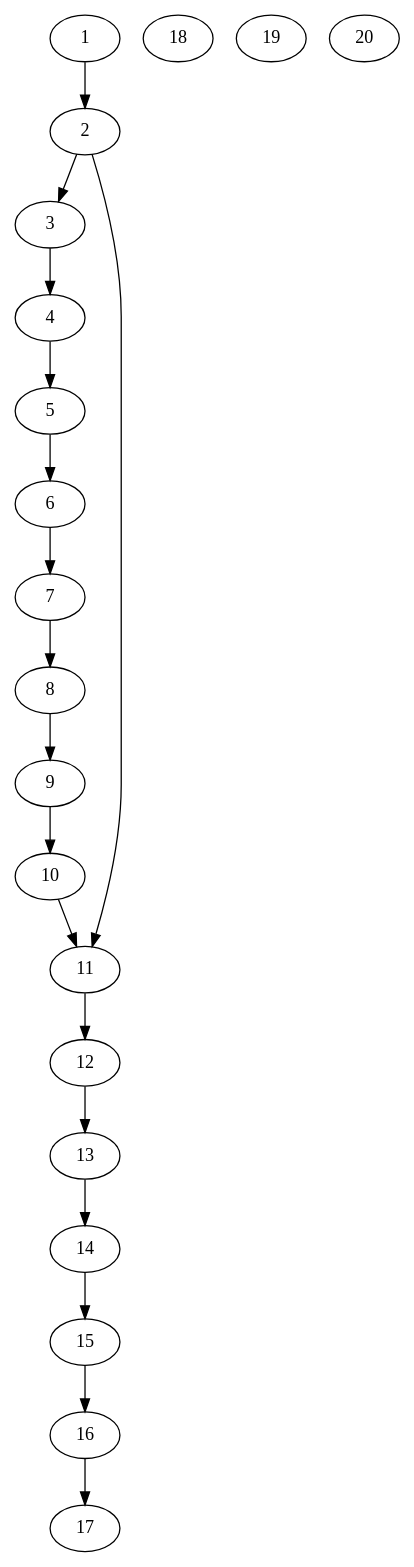
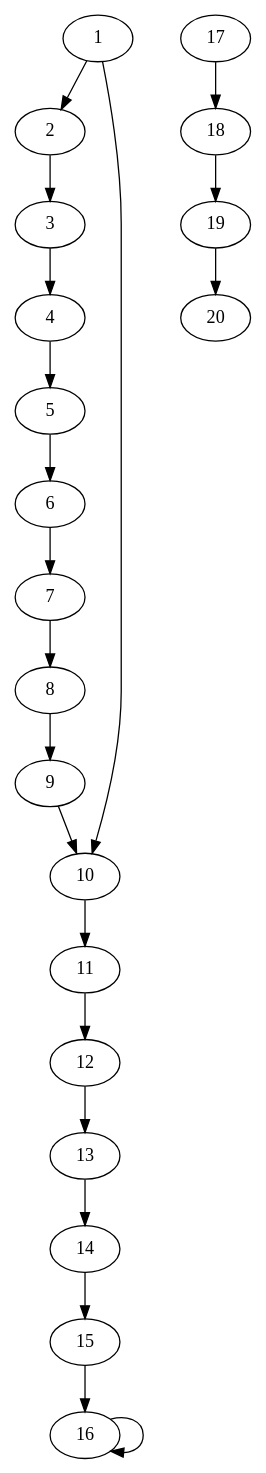
One commit to DanielTMolloy919/PDG-Plagiarism-Detector changed the diagram in graphs/CFGs/file0.dot. Above: the diagram before and after it, drawn with Graphviz. The commit also changed 7 other files, not shown here.

```diff
--- a/graphs/CFGs/file0.dot
+++ b/graphs/CFGs/file0.dot
@@ -1,39 +1,42 @@
 strict digraph G {
   1;
   2;
   3;
   4;
   5;
   6;
   7;
   8;
   9;
   10;
   11;
   12;
   13;
   14;
   15;
   16;
   17;
   18;
   19;
   20;
   1 -> 2;
+  9 -> 10;
+  1 -> 10;
   2 -> 3;
-  10 -> 11;
-  2 -> 11;
   3 -> 4;
   4 -> 5;
   5 -> 6;
   6 -> 7;
   7 -> 8;
   8 -> 9;
-  9 -> 10;
+  10 -> 11;
   11 -> 12;
   12 -> 13;
   13 -> 14;
   14 -> 15;
   15 -> 16;
-  16 -> 17;
+  16 -> 16;
+  17 -> 18;
+  18 -> 19;
+  19 -> 20;
 }
```
